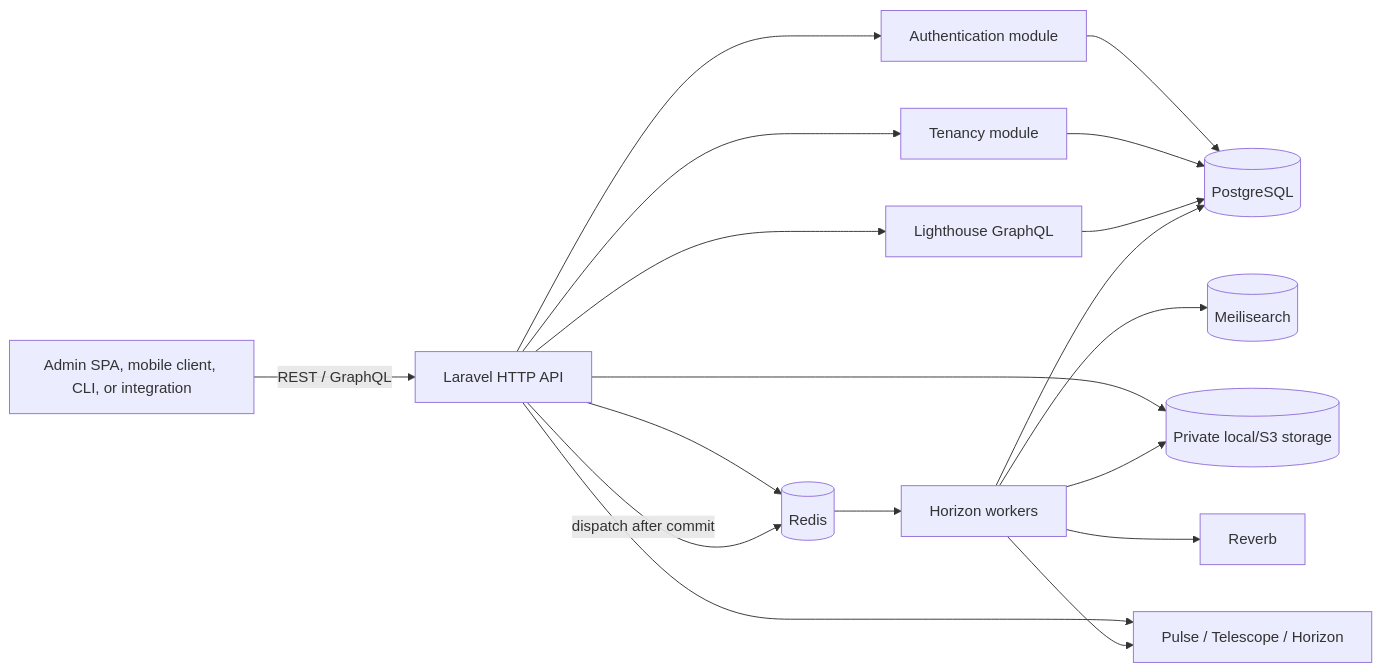
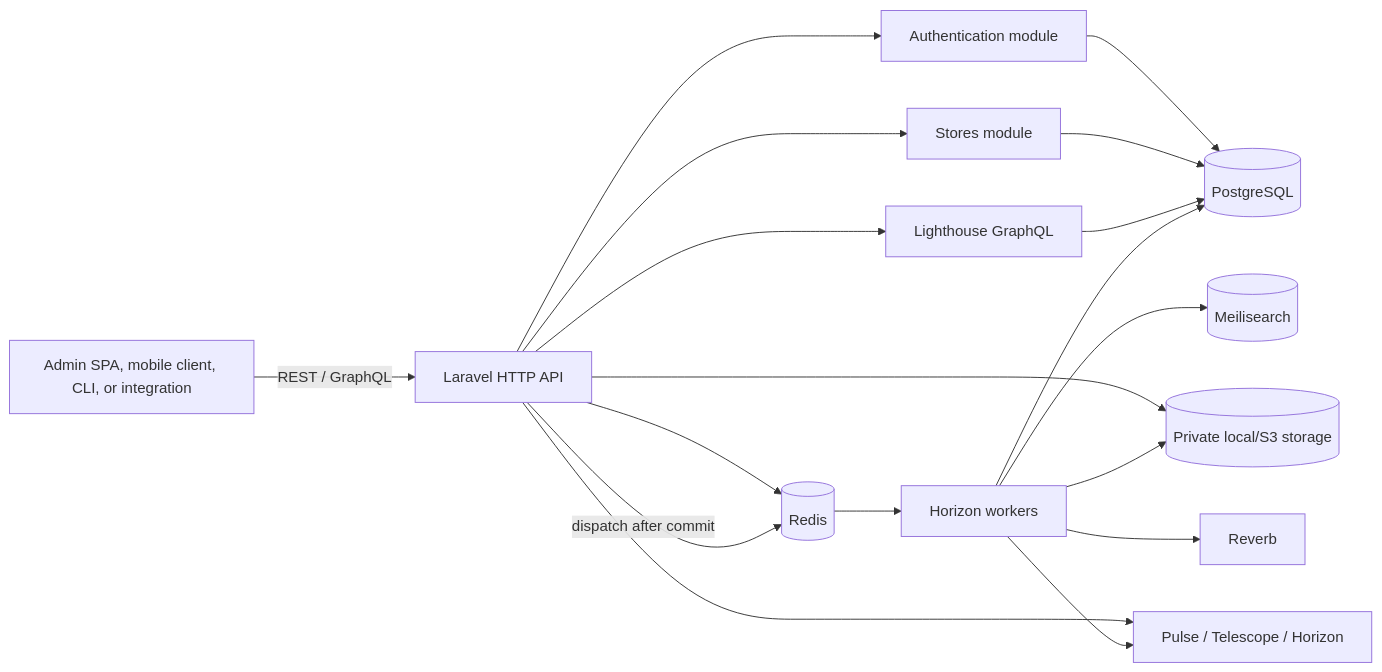
One commit to fzeeso/shopnxebk changed the first of 4 diagrams in docs/developer-guide.md. Above: the diagram before and after it, drawn with Mermaid. The commit also changed other lines of this file and 145 other files, not shown here.

````diff
--- a/docs/developer-guide.md
+++ b/docs/developer-guide.md
@@ -11,33 +11,33 @@
 ```mermaid
 flowchart LR
     Client["Admin SPA, mobile client, CLI, or integration"]
     HTTP["Laravel HTTP API"]
     Auth["Authentication module"]
-    Tenant["Tenancy module"]
+    Store["Stores module"]
     GraphQL["Lighthouse GraphQL"]
     DB[("PostgreSQL")]
     Redis[("Redis")]
     Search[("Meilisearch")]
     Files[("Private local/S3 storage")]
     Queue["Horizon workers"]
     Reverb["Reverb"]
     Ops["Pulse / Telescope / Horizon"]
 
     Client -->|"REST / GraphQL"| HTTP
     HTTP --> Auth
-    HTTP --> Tenant
+    HTTP --> Store
     HTTP --> GraphQL
     Auth --> DB
-    Tenant --> DB
+    Store --> DB
     GraphQL --> DB
     HTTP --> Redis
     HTTP --> Files
     HTTP -->|"dispatch after commit"| Redis
     Redis --> Queue
     Queue --> DB
     Queue --> Search
     Queue --> Files
     Queue --> Reverb
     HTTP --> Ops
     Queue --> Ops
 ```
````
